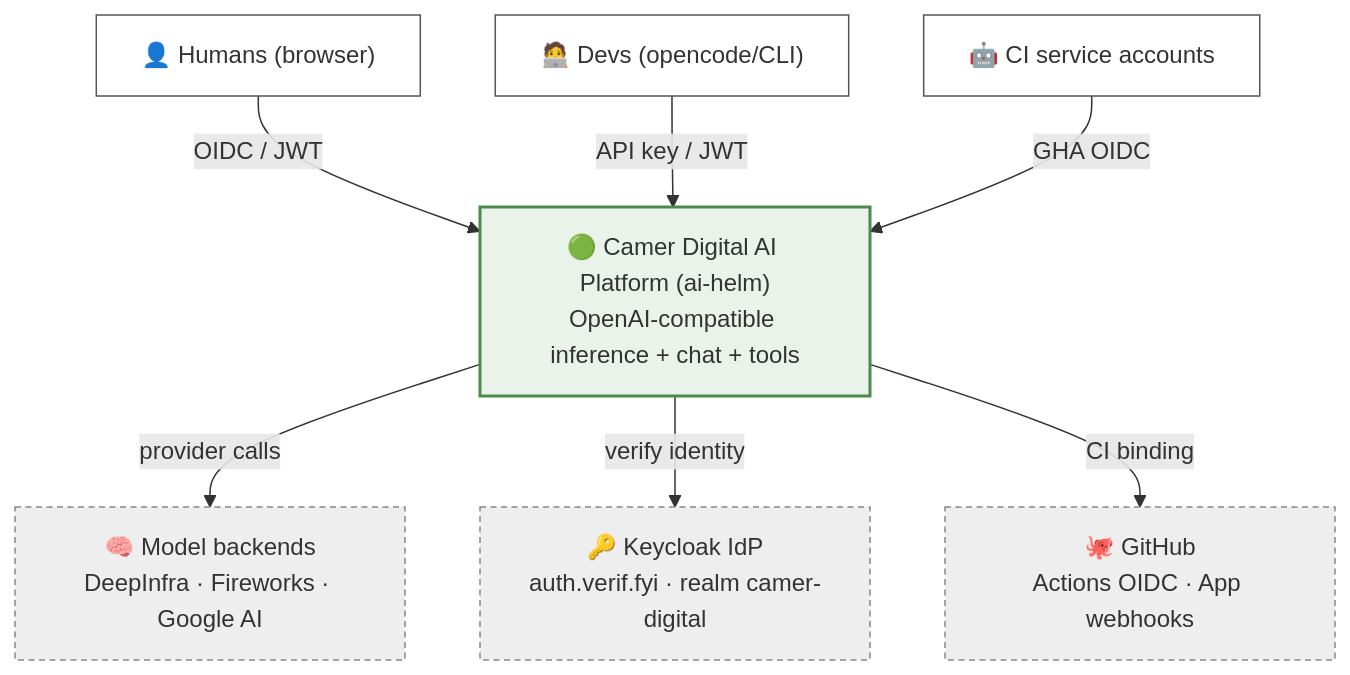
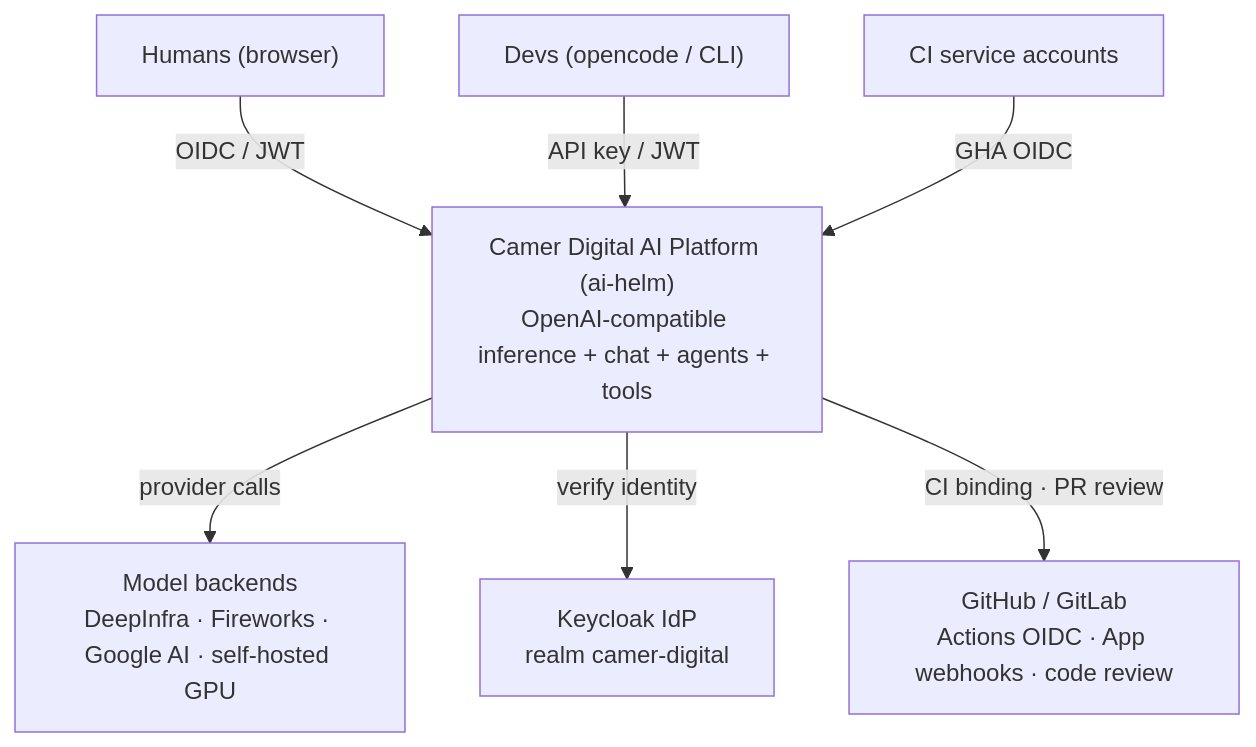
The first of 10 diagrams in docs/arc42.md (ADORSYS-GIS/ai-helm), drawn with Mermaid before and after one commit. The commit also changed other lines of this file, not shown here.

First line of the commit message:
docs(arc42): refresh to continuous-delivery steady state; uncolor + add diagrams

````diff
--- a/docs/arc42.md
+++ b/docs/arc42.md
@@ -64,23 +69,19 @@
 ```mermaid
 flowchart TB
-    H["👤 Humans (browser)"]:::actor
-    D["🧑‍💻 Devs (opencode/CLI)"]:::actor
-    C["🤖 CI service accounts"]:::actor
+    H["Humans (browser)"]
+    D["Devs (opencode / CLI)"]
+    C["CI service accounts"]
 
-    P["🟢 Camer Digital AI Platform (ai-helm)<br/>OpenAI-compatible inference + chat + tools"]:::own
+    P["Camer Digital AI Platform (ai-helm)<br/>OpenAI-compatible inference + chat + agents + tools"]
 
-    M["🧠 Model backends<br/>DeepInfra · Fireworks · Google AI"]:::ext
-    K["🔑 Keycloak IdP<br/>auth.verif.fyi · realm camer-digital"]:::ext
-    G["🐙 GitHub<br/>Actions OIDC · App webhooks"]:::ext
+    M["Model backends<br/>DeepInfra · Fireworks · Google AI · self-hosted GPU"]
+    K["Keycloak IdP<br/>realm camer-digital"]
+    G["GitHub / GitLab<br/>Actions OIDC · App webhooks · code review"]
 
     H -->|OIDC / JWT| P
     D -->|API key / JWT| P
     C -->|GHA OIDC| P
     P -->|provider calls| M
     P -->|verify identity| K
-    P -->|CI binding| G
-
-    classDef actor fill:#fff,stroke:#555;
-    classDef own fill:#eaf3ea,stroke:#4a8a4a,stroke-width:2px;
-    classDef ext fill:#eee,stroke:#888,stroke-dasharray:4 3;
+    P -->|CI binding · PR review| G
 ```
````
